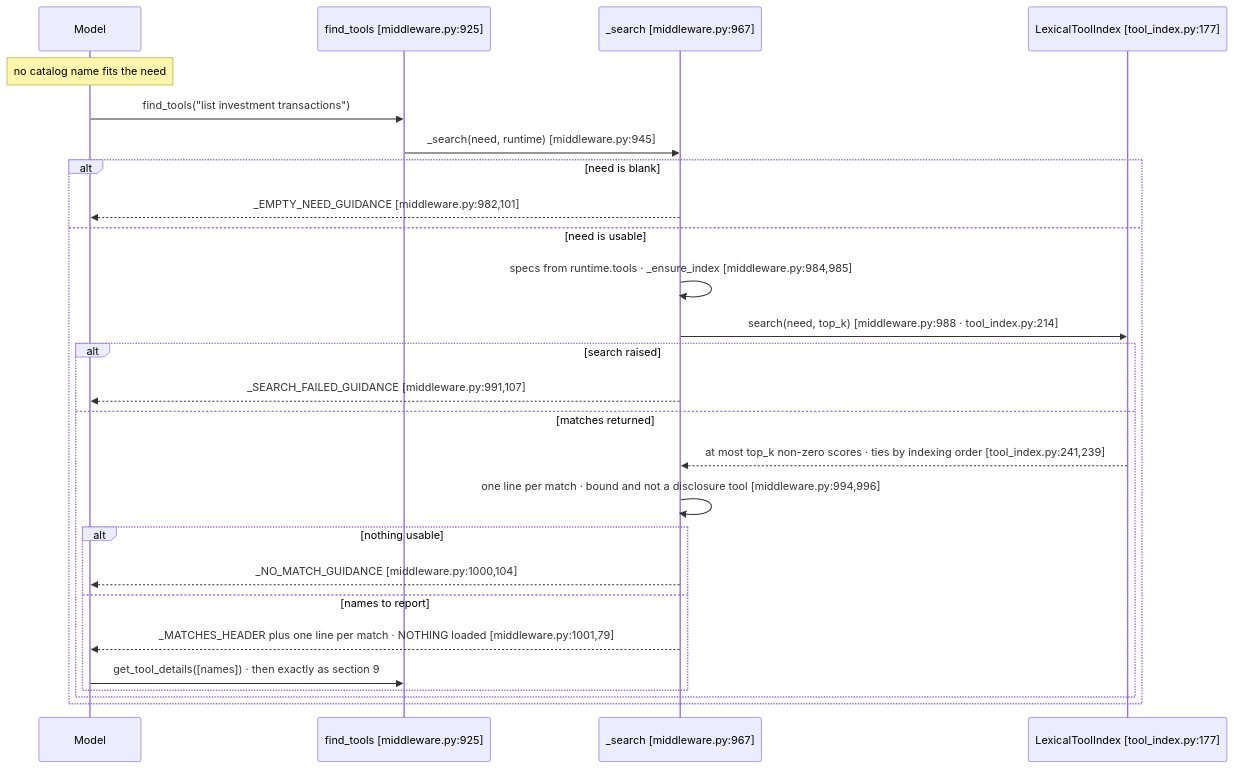
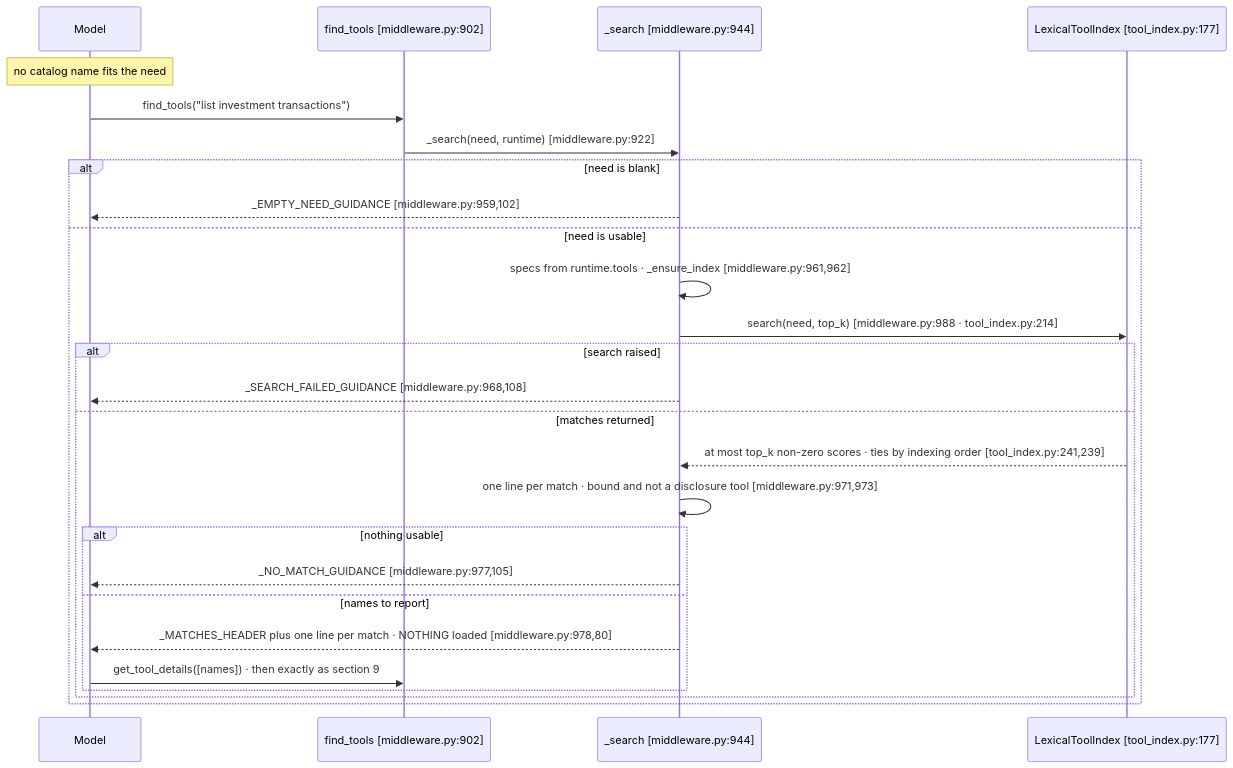
Before and after one commit to aws-samples/sample-context-engineering: the fifth of 7 diagrams in docs/design/sequence/langgraph/sequence-b-disclosure.md, drawn with Mermaid. The commit also changed other lines of this file and 3 other files, not shown here.

First line of the commit message:
docs(langgraph): re-point the sequence-doc refs this branch moved

````diff
--- a/docs/design/sequence/langgraph/sequence-b-disclosure.md
+++ b/docs/design/sequence/langgraph/sequence-b-disclosure.md
@@ -696,29 +696,29 @@
 ```mermaid
 sequenceDiagram
     participant Model
-    participant Tool as find_tools [middleware.py:925]
-    participant MW as _search [middleware.py:967]
+    participant Tool as find_tools [middleware.py:902]
+    participant MW as _search [middleware.py:944]
     participant Idx as LexicalToolIndex [tool_index.py:177]
 
     Note over Model: no catalog name fits the need
     Model->>Tool: find_tools("list investment transactions")
-    Tool->>MW: _search(need, runtime) [middleware.py:945]
+    Tool->>MW: _search(need, runtime) [middleware.py:922]
     alt need is blank
-        MW-->>Model: _EMPTY_NEED_GUIDANCE [middleware.py:982,101]
+        MW-->>Model: _EMPTY_NEED_GUIDANCE [middleware.py:959,102]
     else need is usable
-        MW->>MW: specs from runtime.tools · _ensure_index [middleware.py:984,985]
+        MW->>MW: specs from runtime.tools · _ensure_index [middleware.py:961,962]
         MW->>Idx: search(need, top_k) [middleware.py:988 · tool_index.py:214]
         alt search raised
-            MW-->>Model: _SEARCH_FAILED_GUIDANCE [middleware.py:991,107]
+            MW-->>Model: _SEARCH_FAILED_GUIDANCE [middleware.py:968,108]
         else matches returned
             Idx-->>MW: at most top_k non-zero scores · ties by indexing order [tool_index.py:241,239]
-            MW->>MW: one line per match · bound and not a disclosure tool [middleware.py:994,996]
+            MW->>MW: one line per match · bound and not a disclosure tool [middleware.py:971,973]
             alt nothing usable
-                MW-->>Model: _NO_MATCH_GUIDANCE [middleware.py:1000,104]
+                MW-->>Model: _NO_MATCH_GUIDANCE [middleware.py:977,105]
             else names to report
-                MW-->>Model: _MATCHES_HEADER plus one line per match · NOTHING loaded [middleware.py:1001,79]
+                MW-->>Model: _MATCHES_HEADER plus one line per match · NOTHING loaded [middleware.py:978,80]
                 Model->>Tool: get_tool_details([names]) · then exactly as section 9
             end
         end
     end
 ```
````
